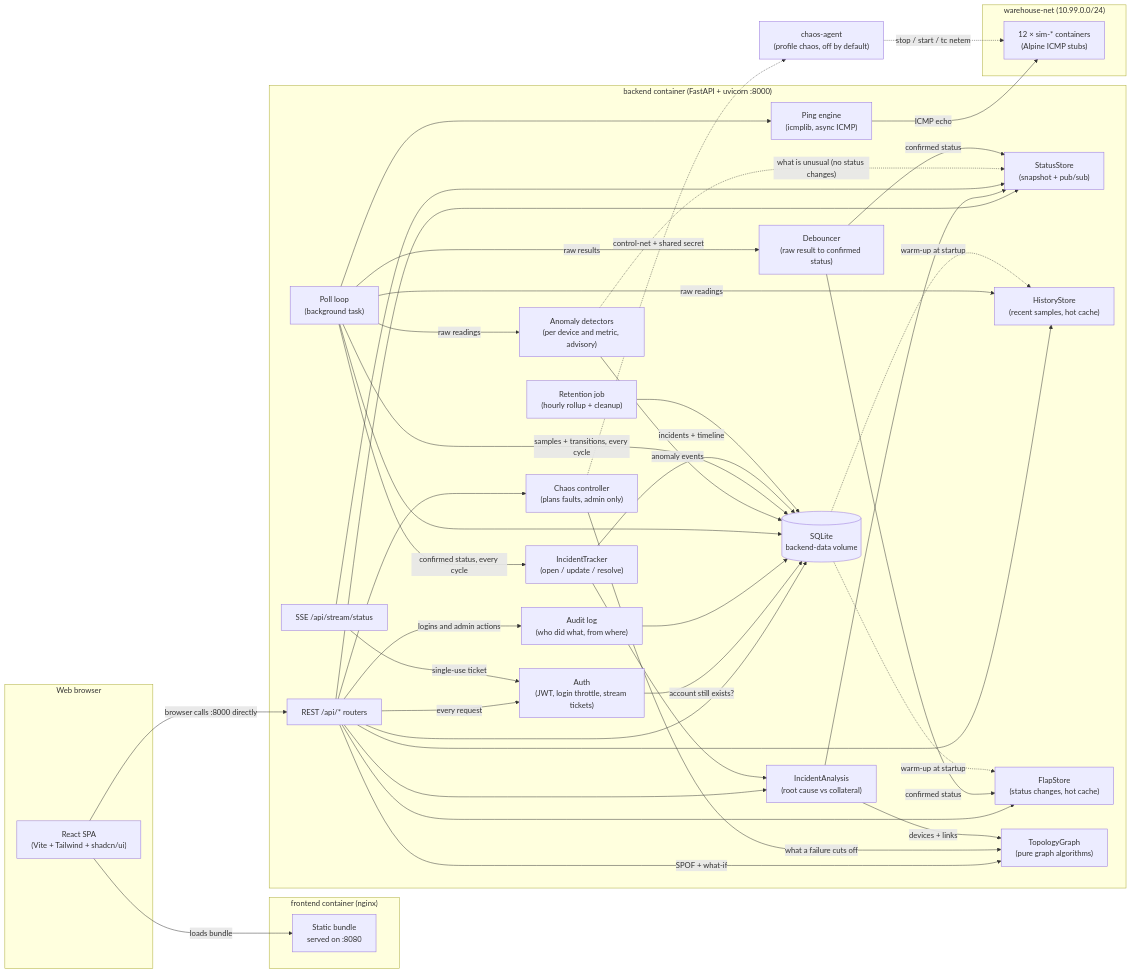
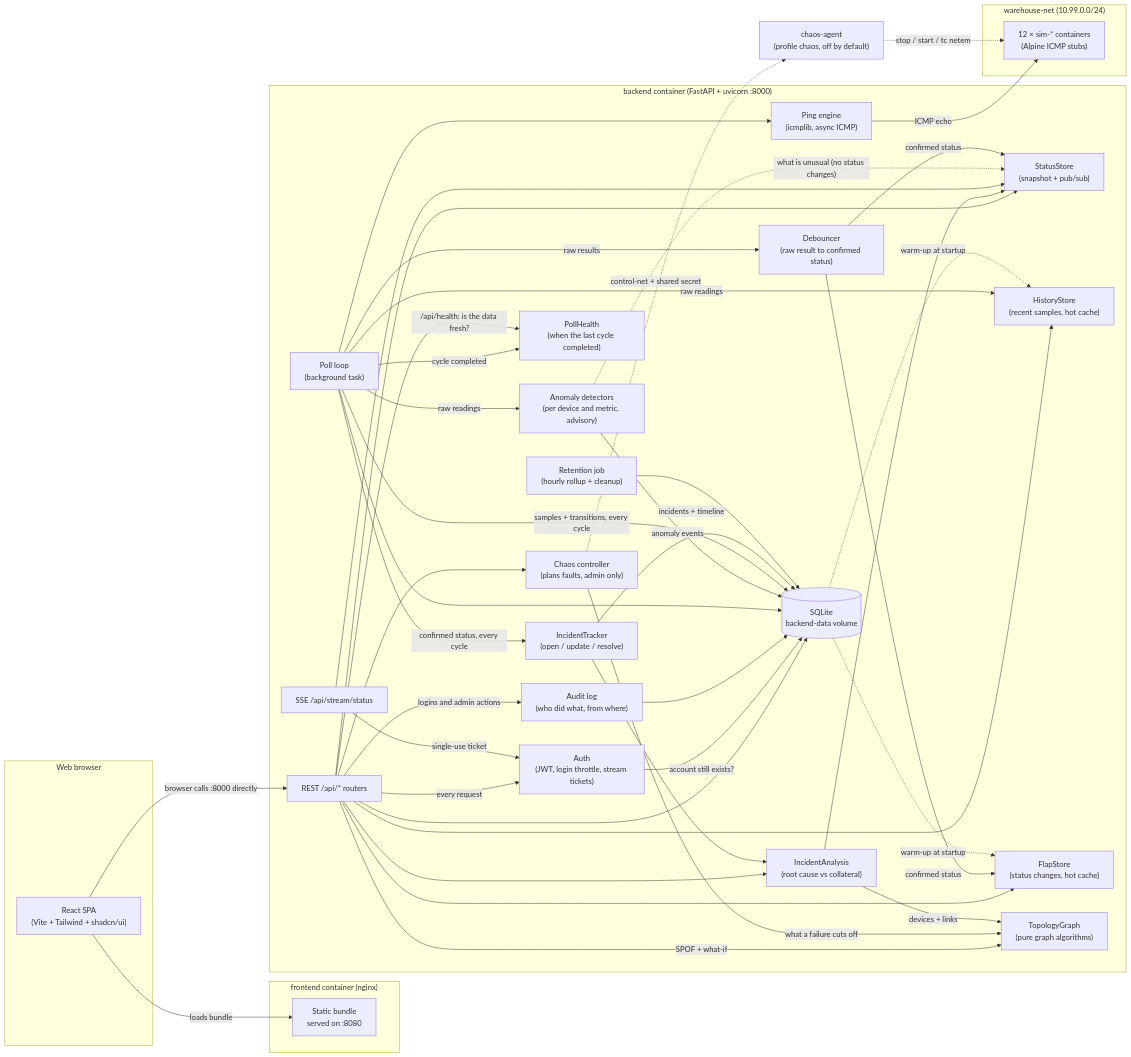
One commit to dumbL4d/network-analyser changed the first of 2 diagrams in README.md. Above: the diagram before and after it, drawn with Mermaid. The commit also changed other lines of this file and 17 other files, not shown here.

First line of the commit message:
feat: warn when the monitoring data is stale

````diff
--- a/README.md
+++ b/README.md
@@ -85,75 +90,78 @@
 ```mermaid
 flowchart LR
     subgraph Browser["Web browser"]
         UI["React SPA<br/>(Vite + Tailwind + shadcn/ui)"]
     end
 
     subgraph FrontendContainer["frontend container (nginx)"]
         STATIC["Static bundle<br/>served on :8080"]
     end
 
     subgraph BackendContainer["backend container (FastAPI + uvicorn :8000)"]
         API["REST /api/* routers"]
         SSE["SSE /api/stream/status"]
         POLL["Poll loop<br/>(background task)"]
         PING["Ping engine<br/>(icmplib, async ICMP)"]
         DEB["Debouncer<br/>(raw result to confirmed status)"]
         AN["Anomaly detectors<br/>(per device and metric, advisory)"]
         ST["StatusStore<br/>(snapshot + pub/sub)"]
         HS["HistoryStore<br/>(recent samples, hot cache)"]
         FS["FlapStore<br/>(status changes, hot cache)"]
         IA["IncidentAnalysis<br/>(root cause vs collateral)"]
         TG["TopologyGraph<br/>(pure graph algorithms)"]
         CH["Chaos controller<br/>(plans faults, admin only)"]
         AUTH["Auth<br/>(JWT, login throttle, stream tickets)"]
         AUD["Audit log<br/>(who did what, from where)"]
         TRK["IncidentTracker<br/>(open / update / resolve)"]
+        PH["PollHealth<br/>(when the last cycle completed)"]
         RET["Retention job<br/>(hourly rollup + cleanup)"]
         DB[("SQLite<br/>backend-data volume")]
     end
 
     subgraph SimNet["warehouse-net (10.99.0.0/24)"]
         SIM["12 × sim-* containers<br/>(Alpine ICMP stubs)"]
     end
 
     AGENT["chaos-agent<br/>(profile chaos, off by default)"]
 
     UI -- "browser calls :8000 directly" --> API
     API --> DB
     API --> ST
     API --> HS
     API --> FS
     API --> IA
     API -- "SPOF + what-if" --> TG
     API --> CH
     API -- "every request" --> AUTH
     SSE -- "single-use ticket" --> AUTH
     AUTH -- "account still exists?" --> DB
     API -- "logins and admin actions" --> AUD
     AUD --> DB
     CH -- "what a failure cuts off" --> TG
     CH -. "control-net + shared secret" .-> AGENT
     AGENT -. "stop / start / tc netem" .-> SIM
     IA --> ST
     IA -- "devices + links" --> TG
     SSE --> ST
     POLL --> DB
     POLL --> PING
     PING -- "ICMP echo" --> SIM
     POLL -- "raw results" --> DEB
     POLL -- "raw readings" --> AN
     AN -. "what is unusual (no status changes)" .-> ST
     AN -- "anomaly events" --> DB
     DEB -- "confirmed status" --> ST
     DEB -- "confirmed status" --> FS
     POLL -- "raw readings" --> HS
     POLL -- "samples + transitions, every cycle" --> DB
     POLL -- "confirmed status, every cycle" --> TRK
     TRK --> IA
     TRK -- "incidents + timeline" --> DB
+    POLL -- "cycle completed" --> PH
+    API -- "/api/health: is the data fresh?" --> PH
     RET --> DB
     DB -. warm-up at startup .-> HS
     DB -. warm-up at startup .-> FS
 
     UI -- "loads bundle" --> STATIC
 ```
````
